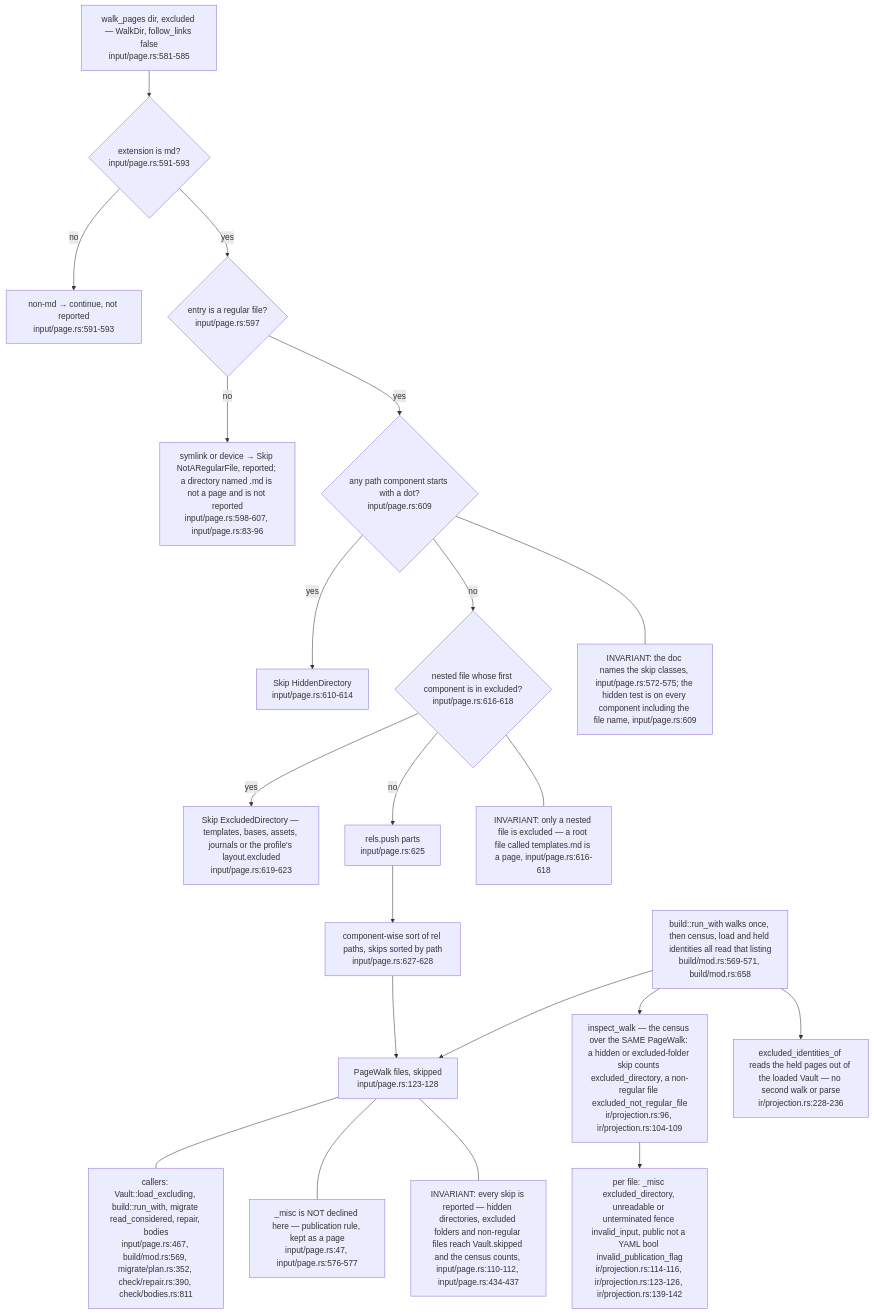
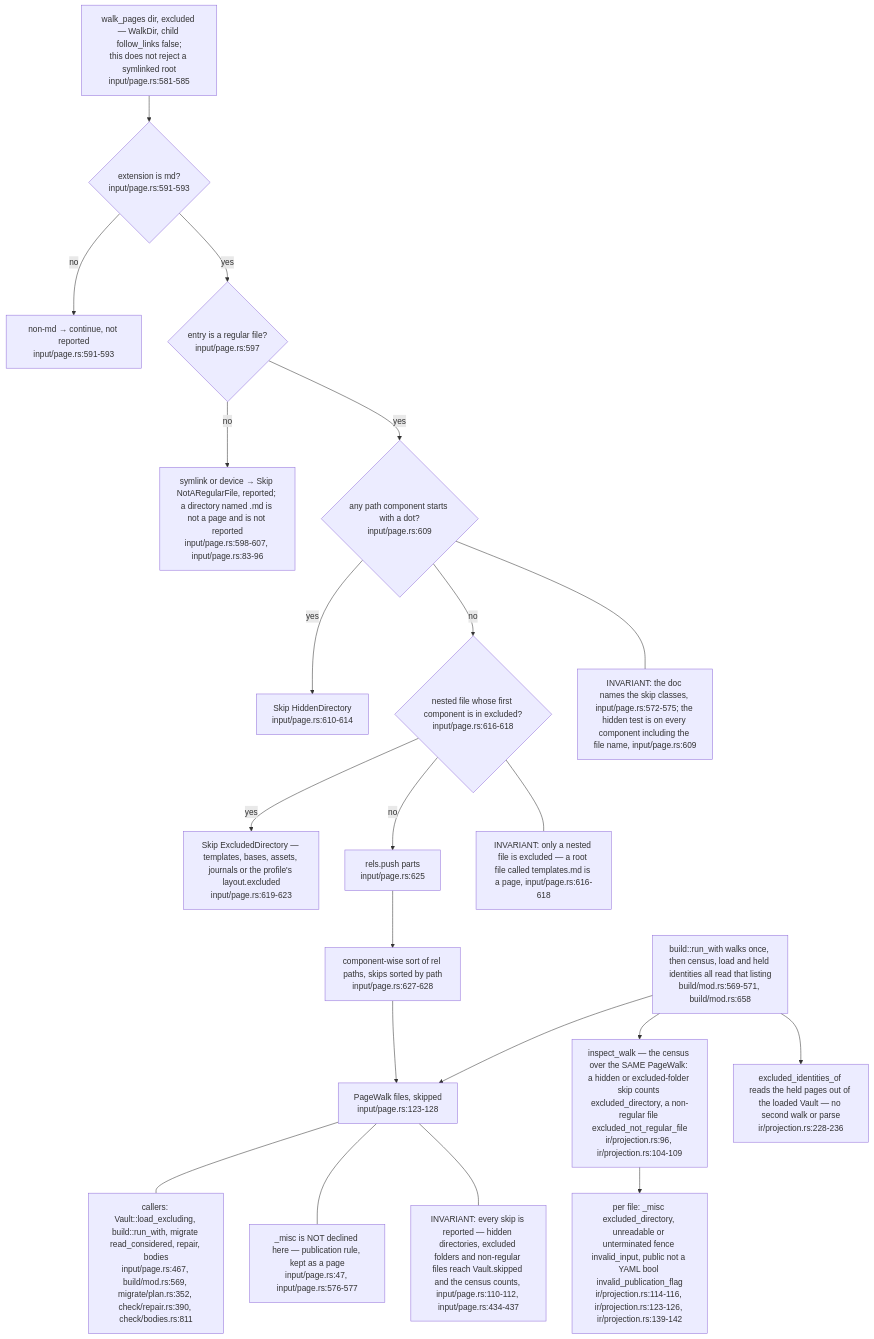
The second of 6 diagrams in docs/diagrams/ontomark/01-input-layer-vault-pages-and-gates.md (DreamLab-AI/VisionFlow), drawn with Mermaid before and after one commit. The commit also changed other lines of this file and 196 other files, not shown here.

````diff
--- a/docs/diagrams/ontomark/01-input-layer-vault-pages-and-gates.md
+++ b/docs/diagrams/ontomark/01-input-layer-vault-pages-and-gates.md
@@ -84,42 +84,42 @@
 ```mermaid
 flowchart TD
-    W["walk_pages dir, excluded — WalkDir, follow_links false<br/>input/page.rs:581-585"]
+    W["walk_pages dir, excluded — WalkDir, child follow_links false;<br/>this does not reject a symlinked root<br/>input/page.rs:581-585"]
     ISMD{"extension is md?<br/>input/page.rs:591-593"}
     DROPNONMD["non-md → continue, not reported<br/>input/page.rs:591-593"]
     ISFILE{"entry is a regular file?<br/>input/page.rs:597"}
     DROPSYM["symlink or device → Skip NotARegularFile, reported; a directory named .md is not a page and is not reported<br/>input/page.rs:598-607, input/page.rs:83-96"]
     HIDDEN{"any path component starts with a dot?<br/>input/page.rs:609"}
     SKIP["Skip HiddenDirectory<br/>input/page.rs:610-614"]
     EXCL{"nested file whose first component is in excluded?<br/>input/page.rs:616-618"}
     SKIPX["Skip ExcludedDirectory — templates, bases, assets, journals or the profile's layout.excluded<br/>input/page.rs:619-623"]
     KEEP["rels.push parts<br/>input/page.rs:625"]
     SORT["component-wise sort of rel paths, skips sorted by path<br/>input/page.rs:627-628"]
     OUT["PageWalk files, skipped<br/>input/page.rs:123-128"]
     W --> ISMD
     ISMD -- no --> DROPNONMD
     ISMD -- yes --> ISFILE
     ISFILE -- no --> DROPSYM
     ISFILE -- yes --> HIDDEN
     HIDDEN -- yes --> SKIP
     HIDDEN -- no --> EXCL
     EXCL -- yes --> SKIPX
     EXCL -- no --> KEEP
     KEEP --> SORT --> OUT
     UNPUB["_misc is NOT declined here — publication rule, kept as a page<br/>input/page.rs:47, input/page.rs:576-577"]
     CALLERS["callers: Vault::load_excluding, build::run_with, migrate read_considered, repair, bodies<br/>input/page.rs:467, build/mod.rs:569, migrate/plan.rs:352, check/repair.rs:390, check/bodies.rs:811"]
     CENSUS["inspect_walk — the census over the SAME PageWalk: a hidden or excluded-folder skip counts excluded_directory, a non-regular file excluded_not_regular_file<br/>ir/projection.rs:96, ir/projection.rs:104-109"]
     CENSUSF["per file: _misc excluded_directory, unreadable or unterminated fence invalid_input, public not a YAML bool invalid_publication_flag<br/>ir/projection.rs:114-116, ir/projection.rs:123-126, ir/projection.rs:139-142"]
     HELD["excluded_identities_of reads the held pages out of the loaded Vault — no second walk or parse<br/>ir/projection.rs:228-236"]
     RUN["build::run_with walks once, then census, load and held identities all read that listing<br/>build/mod.rs:569-571, build/mod.rs:658"]
     OUT --- CALLERS
     OUT --- UNPUB
     RUN --> OUT
     RUN --> CENSUS --> CENSUSF
     RUN --> HELD
     note1["INVARIANT: every skip is reported — hidden directories, excluded folders and non-regular files reach Vault.skipped and the census counts, input/page.rs:110-112, input/page.rs:434-437"]
     note2["INVARIANT: the doc names the skip classes, input/page.rs:572-575; the hidden test is on every component including the file name, input/page.rs:609"]
     note3["INVARIANT: only a nested file is excluded — a root file called templates.md is a page, input/page.rs:616-618"]
     OUT --- note1
     HIDDEN --- note2
     EXCL --- note3
 ```
````
